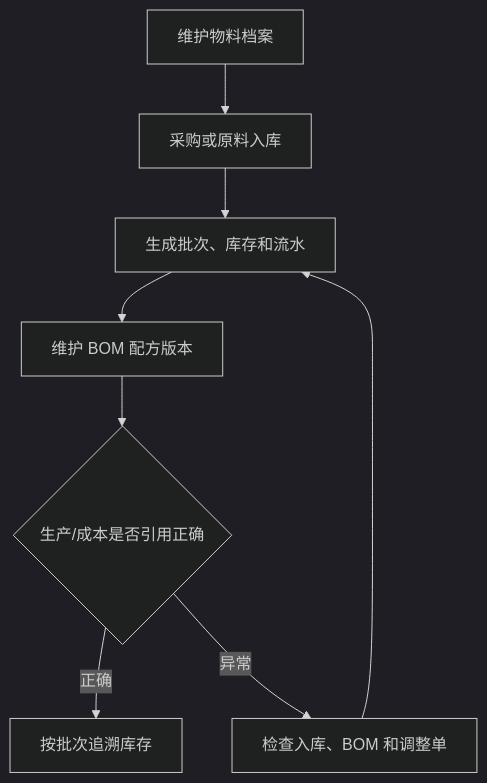
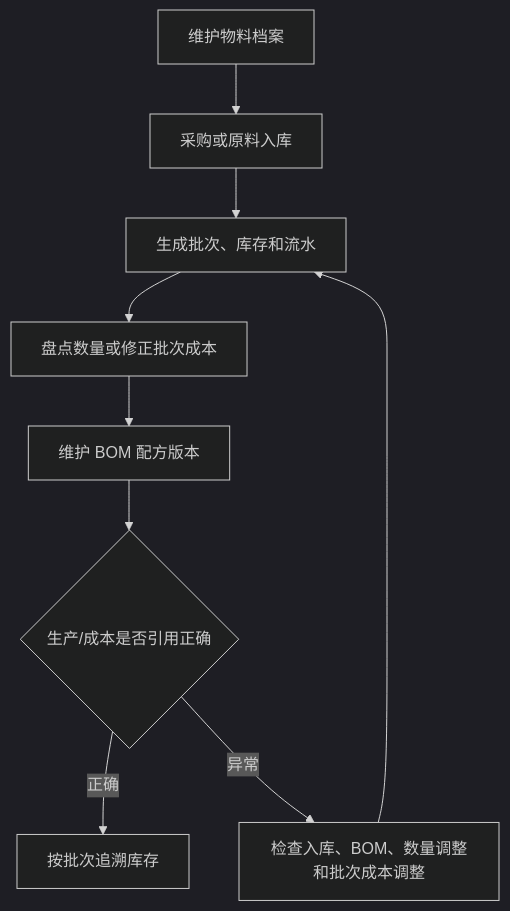
The diagram in orderapp-remote/docs/OP_MANUAL_INVENTORY_MATERIALS.md (Backstage2539/KFerp), drawn with Mermaid (dark theme) before and after one commit. The commit also changed other lines of this file and 21 other files, not shown here.

````diff
--- a/orderapp-remote/docs/OP_MANUAL_INVENTORY_MATERIALS.md
+++ b/orderapp-remote/docs/OP_MANUAL_INVENTORY_MATERIALS.md
@@ -10,10 +10,11 @@
 ```mermaid
 flowchart TD
   A["维护物料档案"] --> B["采购或原料入库"]
   B --> C["生成批次、库存和流水"]
-  C --> D["维护 BOM 配方版本"]
-  D --> E{"生产/成本是否引用正确"}
-  E -->|正确| F["按批次追溯库存"]
-  E -->|异常| G["检查入库、BOM 和调整单"]
-  G --> C
+  C --> D["盘点数量或修正批次成本"]
+  D --> E["维护 BOM 配方版本"]
+  E --> F{"生产/成本是否引用正确"}
+  F -->|正确| G["按批次追溯库存"]
+  F -->|异常| H["检查入库、BOM、数量调整和批次成本调整"]
+  H --> C
 ```
````
